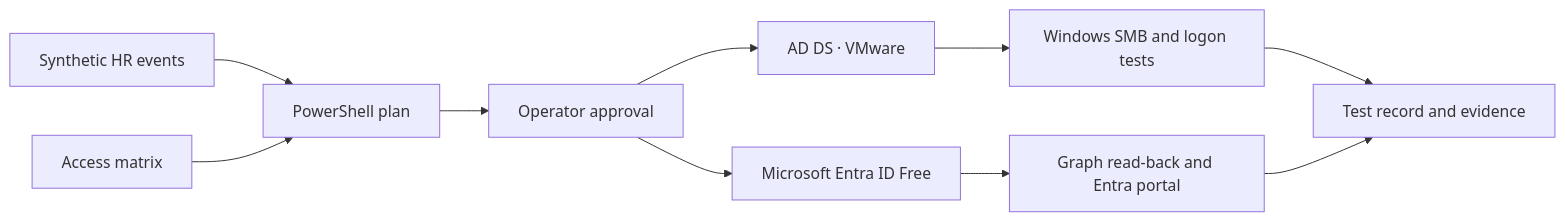
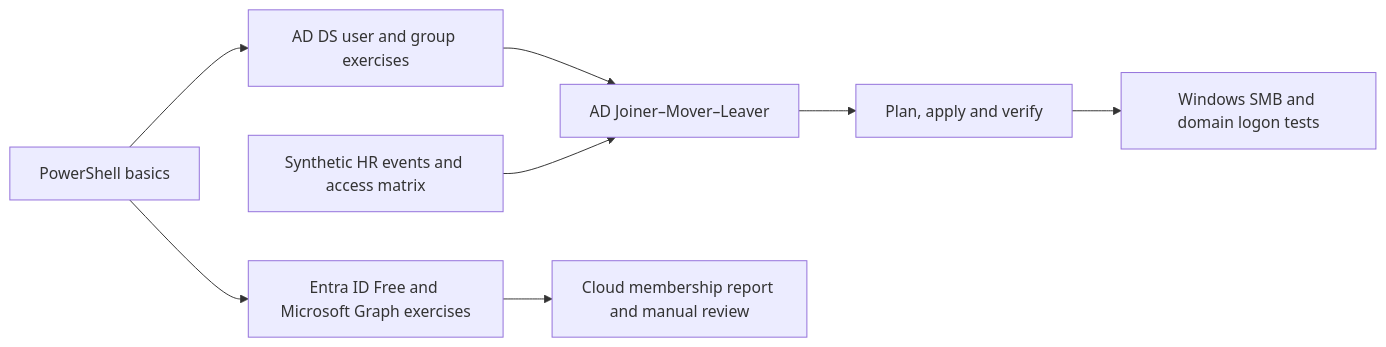
Before and after one commit to krzysztof-szot/iam-powershell-automation-project: the diagram in README.md, drawn with Mermaid. The commit also changed other lines of this file and 29 other files, not shown here.

Commit message:
Align the IAM lab with the revised eight-day roadmap

````diff
--- a/README.md
+++ b/README.md
@@ -25,12 +27,10 @@
 ```mermaid
 flowchart LR
-    HR["Synthetic HR events"] --> P["PowerShell plan"]
-    M["Access matrix"] --> P
-    P --> A["Operator approval"]
-    A --> AD["AD DS · VMware"]
-    A --> E["Microsoft Entra ID Free"]
-    AD --> S["Windows SMB and logon tests"]
-    E --> V["Graph read-back and Entra portal"]
-    S --> R["Test record and evidence"]
-    V --> R
+    B["PowerShell basics"] --> AD["AD DS user and group exercises"]
+    B --> E["Entra ID Free and Microsoft Graph exercises"]
+    AD --> JML["AD Joiner–Mover–Leaver"]
+    HR["Synthetic HR events and access matrix"] --> JML
+    JML --> V["Plan, apply and verify"]
+    V --> S["Windows SMB and domain logon tests"]
+    E --> R["Cloud membership report and manual review"]
 ```
````
